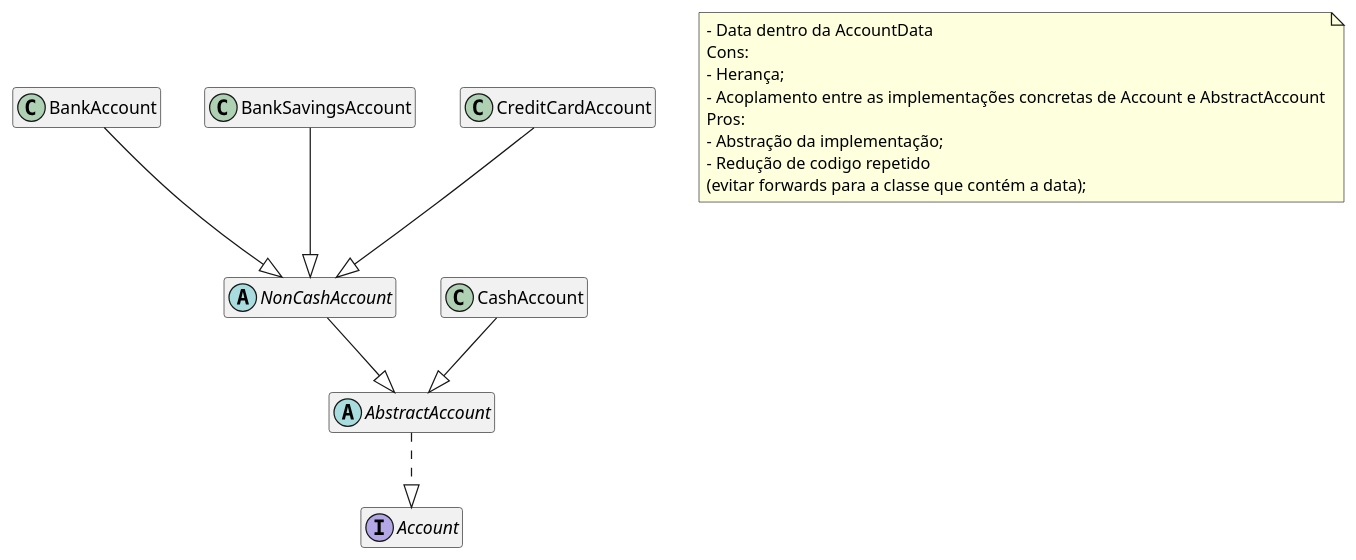
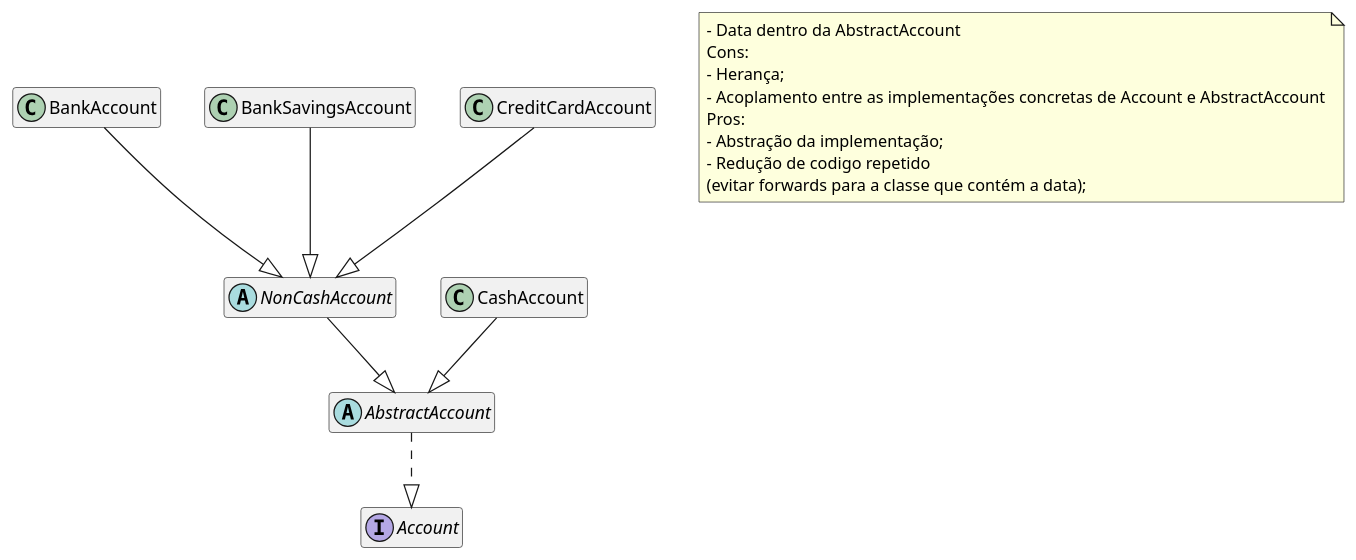
The second of 2 diagrams in docs/duvidasAccounts.md (tomas-osswald/switch_2020_g3), drawn with PlantUML before and after one commit. The commit also changed other lines of this file, not shown here.

Commit message:
very, very, very small changes to duvidasAccounts.md

`````diff
--- a/docs/duvidasAccounts.md
+++ b/docs/duvidasAccounts.md
@@ -54,50 +55,50 @@
 ````puml
 @startuml
 
 hide empty members
 'skinparam linetype ortho
 
 interface Account{
 }
 
 abstract class AbstractAccount {}
 
 abstract class NonCashAccount{
 }
 
 class CashAccount{
 }
 
 class BankAccount{
 }
 
 class BankSavingsAccount{
 }
 
 class CreditCardAccount{
 }
 
 AbstractAccount .-|> Account
 
 CashAccount --|> AbstractAccount
 NonCashAccount --|> AbstractAccount
 
 BankAccount --|> NonCashAccount
 BankSavingsAccount --|> NonCashAccount
 CreditCardAccount --|> NonCashAccount
 
 'note "Data dentro da AbstractAccount. Cons: herança; Pros:" as note
 
 Note as N1
-    - Data dentro da AccountData
+    - Data dentro da AbstractAccount
     Cons:
     - Herança;
     - Acoplamento entre as implementações concretas de Account e AbstractAccount
     Pros:
     - Abstração da implementação;
     - Redução de codigo repetido 
     (evitar forwards para a classe que contém a data);
 end Note
 
 @enduml
 ````
`````
